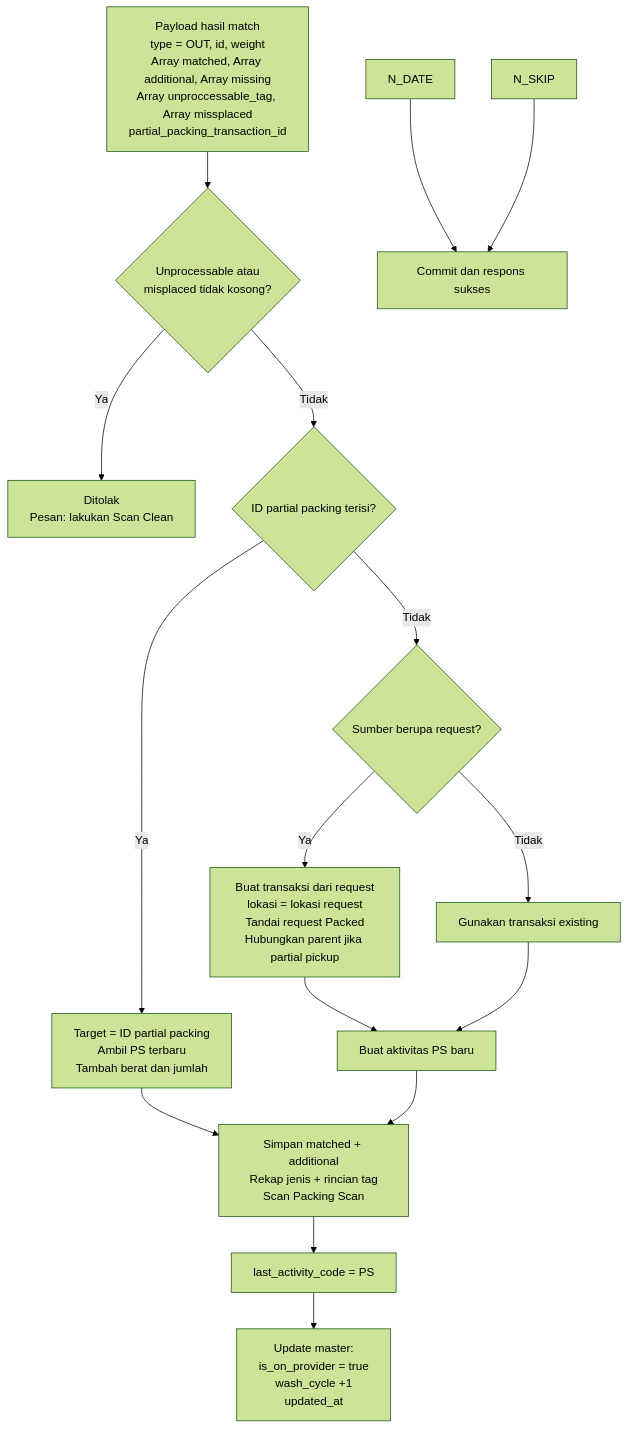
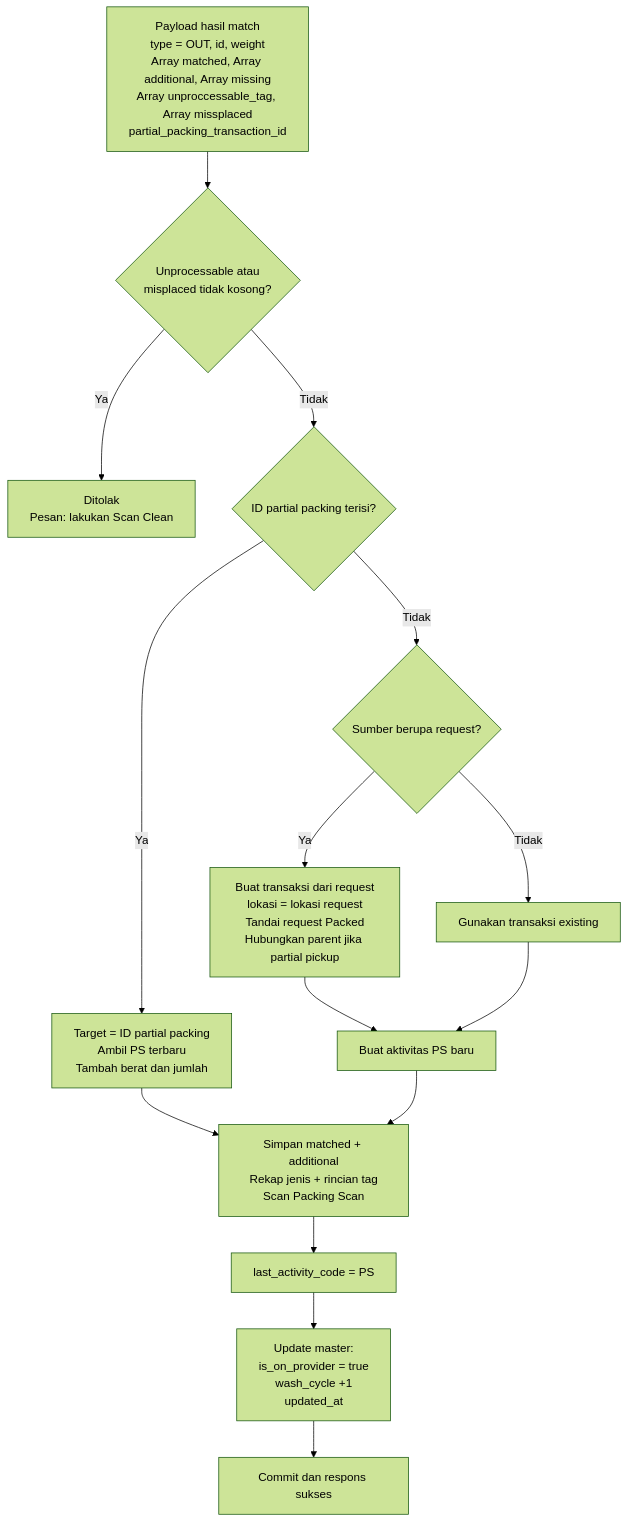
Before and after one commit to bagaskrmn/bac-flow-laundry: the second of 3 diagrams in laundry-activities/packing-scan.md, drawn with Mermaid (forest theme). The commit also changed other lines of this file and 3 other files, not shown here.

````diff
--- a/laundry-activities/packing-scan.md
+++ b/laundry-activities/packing-scan.md
@@ -45,22 +42,21 @@
 ```mermaid
 flowchart TD
     N_IN["Payload hasil match<br/>type = OUT, id, weight<br/>Array matched, Array additional, Array missing<br/>Array unproccessable_tag, Array missplaced<br/>partial_packing_transaction_id"]
 
     N_IN --> N_BLOCK{"Unprocessable atau<br/>misplaced tidak kosong?"}
     N_BLOCK -->|Ya| N_REJECT["Ditolak<br/>Pesan: lakukan Scan Clean"]
     N_BLOCK -->|Tidak| N_MODE{"ID partial packing terisi?"}
 
     N_MODE -->|Ya| N_PART["Target = ID partial packing<br/>Ambil PS terbaru<br/>Tambah berat dan jumlah"]
     N_MODE -->|Tidak| N_SOURCE{"Sumber berupa request?"}
     N_SOURCE -->|Ya| N_REQ["Buat transaksi dari request<br/>lokasi = lokasi request<br/>Tandai request Packed<br/>Hubungkan parent jika partial pickup"]
     N_SOURCE -->|Tidak| N_NORMAL["Gunakan transaksi existing"]
     N_REQ --> N_CREATE["Buat aktivitas PS baru"]
     N_NORMAL --> N_CREATE
 
     N_PART --> N_SAVE["Simpan matched + additional<br/>Rekap jenis + rincian tag<br/>Scan Packing Scan"]
     N_CREATE --> N_SAVE
     N_SAVE --> N_TRX["last_activity_code = PS"]
     N_TRX --> N_MASTER["Update master:<br/>is_on_provider = true<br/>wash_cycle +1<br/>updated_at"]
-    N_DATE --> N_DONE["Commit dan respons sukses"]
-    N_SKIP --> N_DONE
+    N_MASTER --> N_DONE["Commit dan respons sukses"]
 ```
````
